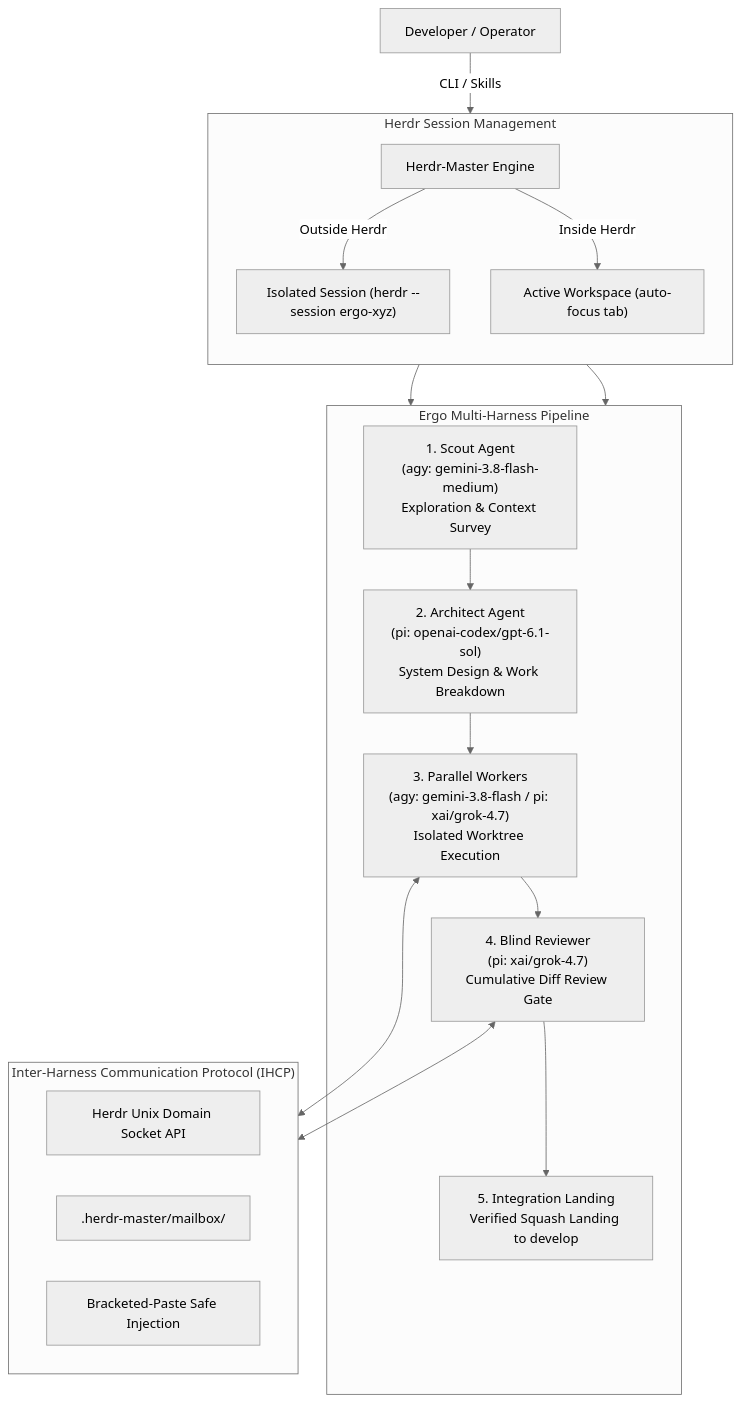
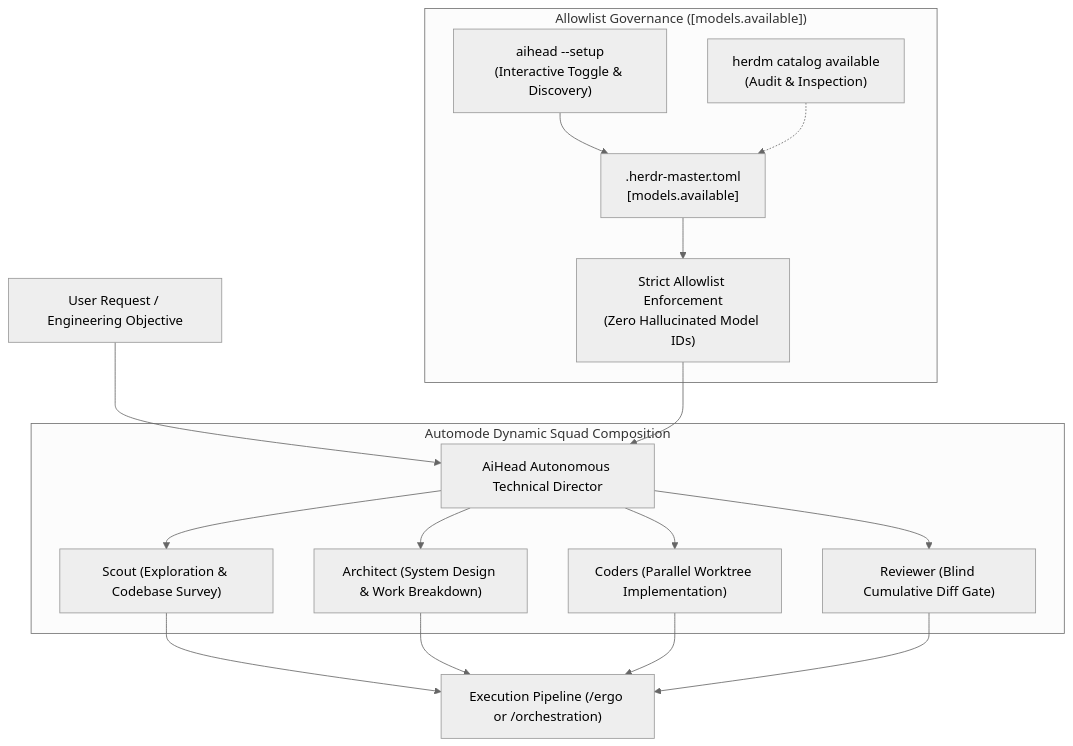
Before and after one commit to pank85/AiHead-Orchestrator: the diagram in README.md, drawn with Mermaid (neutral theme). The commit also changed other lines of this file and 6 other files, not shown here.

Commit message:
docs(readme): rewrite README for AiHead Automode and add per-skill READMEs

````diff
--- a/README.md
+++ b/README.md
@@ -119,32 +28,24 @@
 ```mermaid
-graph TD
-    User["Developer / Operator"] -->|CLI / Skills| Orchestrator["Herdr-Master Engine"]
+flowchart TD
+    UserReq["User Request / Engineering Objective"] --> AiHead["AiHead Autonomous Technical Director"]
     
-    subgraph ExecutionContext ["Herdr Session Management"]
-        direction TB
-        Orchestrator -->|Outside Herdr| IsolatedSession["Isolated Session (herdr --session ergo-xyz)"]
-        Orchestrator -->|Inside Herdr| ActiveSession["Active Workspace (auto-focus tab)"]
+    subgraph Governance ["Allowlist Governance ([models.available])"]
+        SetupTUI["aihead --setup<br/>(Interactive Toggle & Discovery)"] --> ConfigFile[".herdr-master.toml<br/>[models.available]"]
+        CatalogCLI["herdm catalog available<br/>(Audit & Inspection)"] -.-> ConfigFile
+        ConfigFile --> DynamicFilter["Strict Allowlist Enforcement<br/>(Zero Hallucinated Model IDs)"]
     end
-
-    subgraph ErgoPipeline ["Ergo Multi-Harness Pipeline"]
-        Scout["1. Scout Agent<br/>(agy: gemini-3.8-flash-medium)<br/>Exploration & Context Survey"]
-        Architect["2. Architect Agent<br/>(pi: openai-codex/gpt-6.1-sol)<br/>System Design & Work Breakdown"]
-        Pool["3. Parallel Workers<br/>(agy: gemini-3.8-flash / pi: xai/grok-4.7)<br/>Isolated Worktree Execution"]
-        Reviewer["4. Blind Reviewer<br/>(pi: xai/grok-4.7)<br/>Cumulative Diff Review Gate"]
-        Squash["5. Integration Landing<br/>Verified Squash Landing to develop"]
-
-        Scout --> Architect --> Pool --> Reviewer --> Squash
+    
+    DynamicFilter --> AiHead
+    
+    subgraph AutomodeEngine ["Automode Dynamic Squad Composition"]
+        AiHead --> RoleScout["Scout (Exploration & Codebase Survey)"]
+        AiHead --> RoleArchitect["Architect (System Design & Work Breakdown)"]
+        AiHead --> RoleCoders["Coders (Parallel Worktree Implementation)"]
+        AiHead --> RoleReviewer["Reviewer (Blind Cumulative Diff Gate)"]
     end
-
-    IsolatedSession --> ErgoPipeline
-    ActiveSession --> ErgoPipeline
-
-    subgraph IHCP ["Inter-Harness Communication Protocol (IHCP)"]
-        Socket["Herdr Unix Domain Socket API"]
-        Mailbox[".herdr-master/mailbox/"]
-        PTY["Bracketed-Paste Safe Injection"]
-    end
-
-    Pool <--> IHCP
-    Reviewer <--> IHCP
+    
+    RoleScout --> PipelineExecution["Execution Pipeline (/ergo or /orchestration)"]
+    RoleArchitect --> PipelineExecution
+    RoleCoders --> PipelineExecution
+    RoleReviewer --> PipelineExecution
 ```
````
